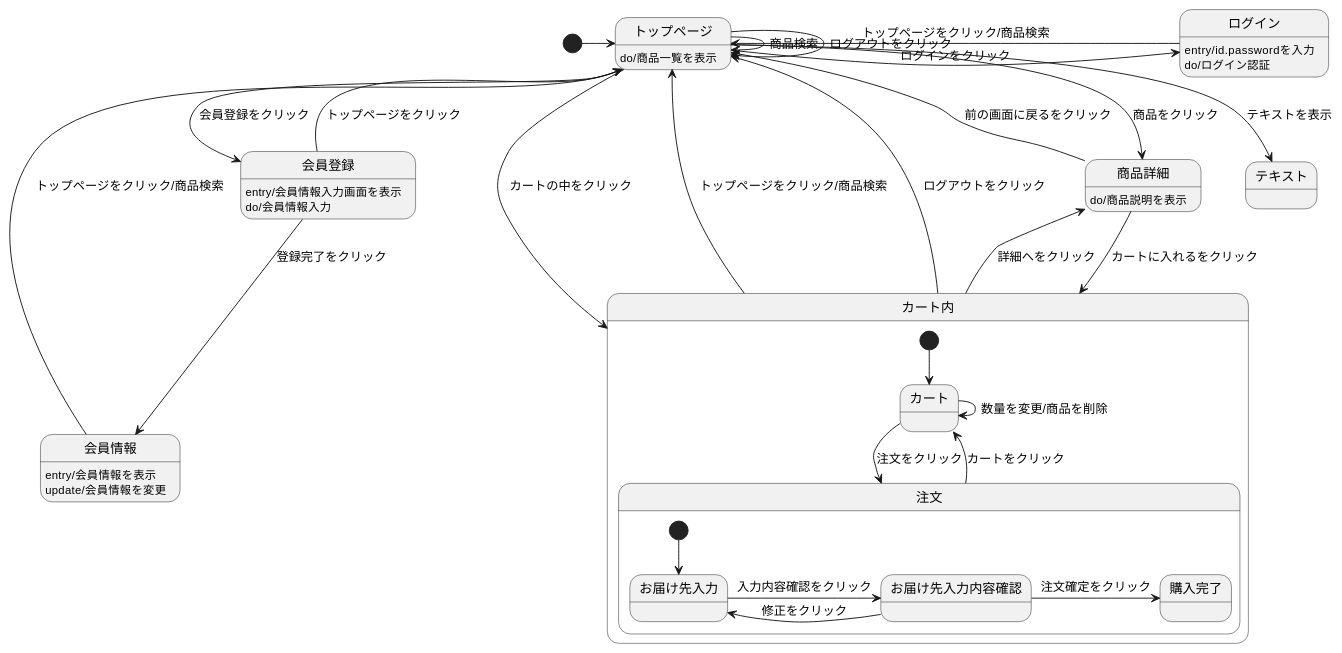
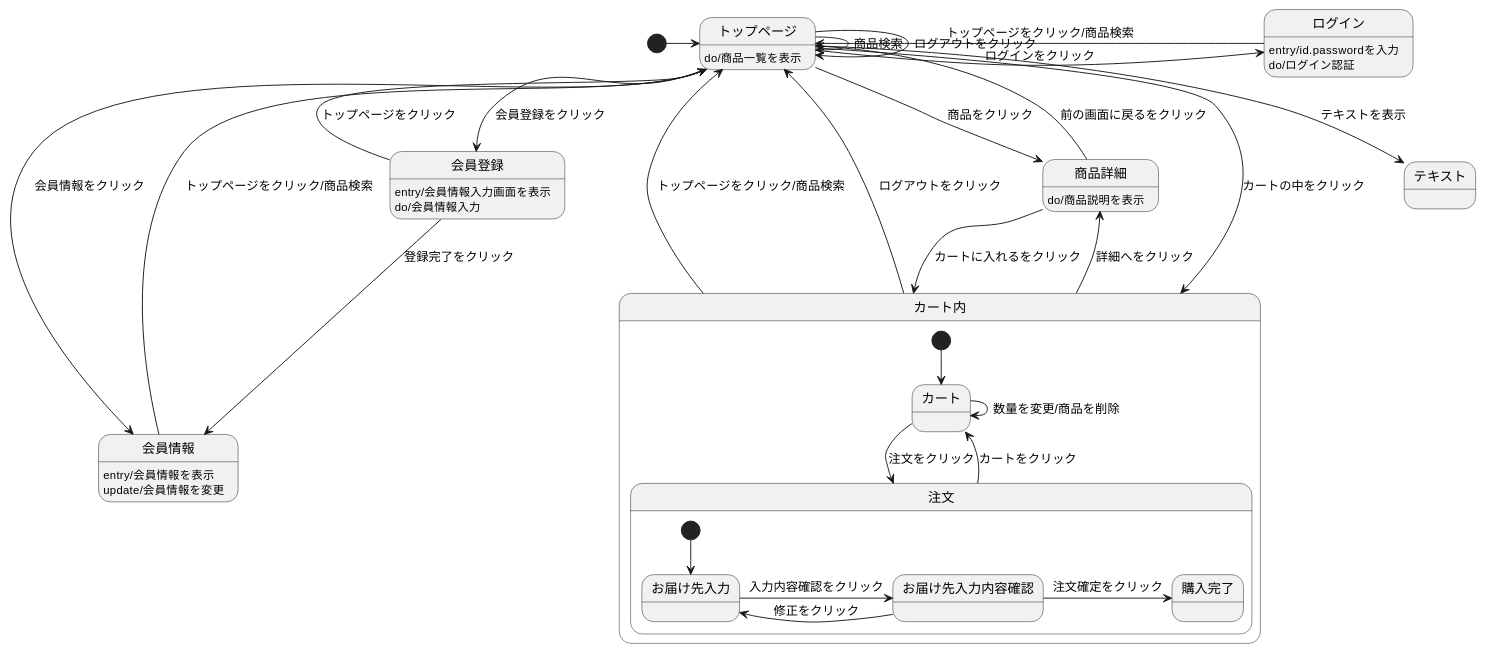
Before and after one commit to Aso2001007/System4: the diagram in 03_画面遷移図/画面遷移図.md, drawn with PlantUML.

````diff
--- a/03_画面遷移図/画面遷移図.md
+++ b/03_画面遷移図/画面遷移図.md
@@ -1,54 +1,54 @@
 ```uml
 
 @startuml
 [*] -> トップページ 
 
 会員登録 --> トップページ : トップページをクリック
 会員登録 --> 会員情報 :登録完了をクリック
 会員登録 :entry/会員情報入力画面を表示
 会員登録 :do/会員情報入力
 
 会員情報 -left-> トップページ : トップページをクリック/商品検索 
 会員情報 : entry/会員情報を表示
 会員情報 : update/会員情報を変更
 
 ログイン -right-> トップページ : トップページをクリック/商品検索 
 ログイン : entry/id.passwordを入力 
 ログイン : do/ログイン認証 
 
 トップページ --> 会員登録 : 会員登録をクリック
-
+トップページ --> 会員情報 : 会員情報をクリック
 トップページ --> トップページ : ログアウトをクリック 
 トップページ -> トップページ : 商品検索 
 トップページ -> 商品詳細 : 商品をクリック 
 トップページ -right-> ログイン : ログインをクリック 
 トップページ --> カート内 : カートの中をクリック 
 トップページ --> テキスト : テキストを表示
 トップページ : do/商品一覧を表示 
 
 商品詳細 --> カート内 : カートに入れるをクリック 
 商品詳細 --> トップページ : 前の画面に戻るをクリック 
 商品詳細 : do/商品説明を表示
 
  
 
 カート内 -up-> トップページ : トップページをクリック/商品検索 
 カート内 -up-> トップページ : ログアウトをクリック 
 カート内 -> 商品詳細 : 詳細へをクリック 
 
 state カート内 { 
   [*] --> カート 
   カート -> 注文 : 注文をクリック 
   カート -> カート : 数量を変更/商品を削除 
   注文 --> カート : カートをクリック 
 
   state 注文 { 
     [*] --> お届け先入力 
     お届け先入力 -> お届け先入力内容確認 : 入力内容確認をクリック 
     お届け先入力内容確認 -> お届け先入力 : 修正をクリック 
     お届け先入力内容確認 -> 購入完了 : 注文確定をクリック 
   } 
 }
 @enduml
 
 ```
````
